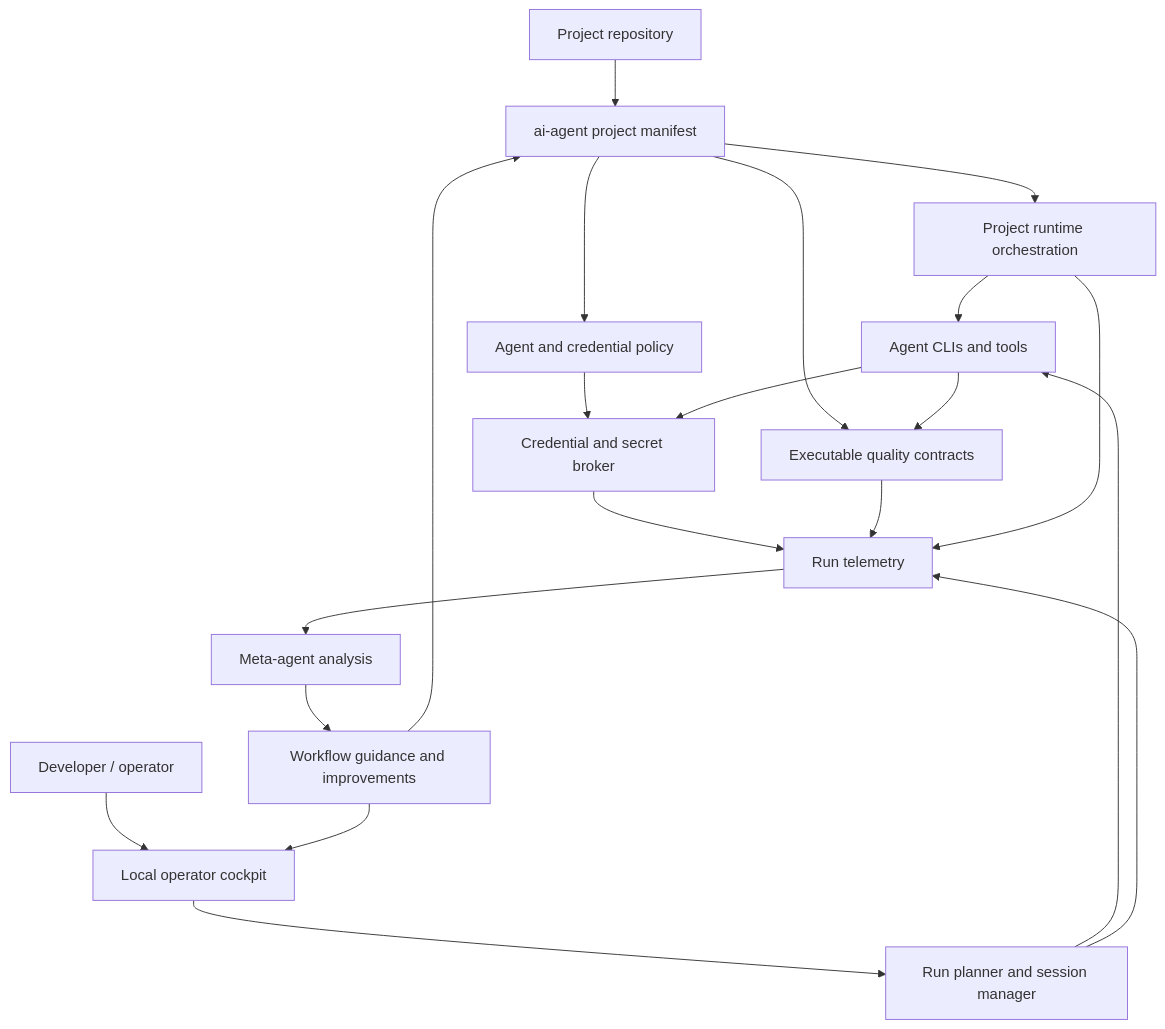
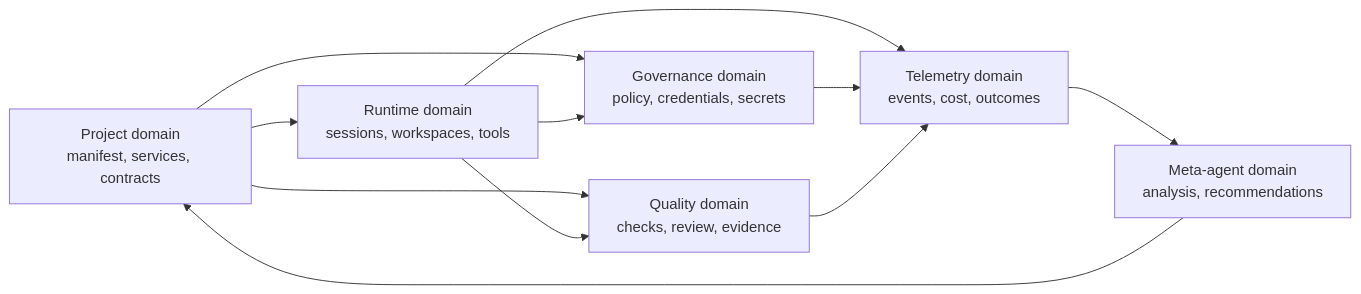
The second of 2 diagrams in docs/current-north-star-architecture.md (maryzam/ai-crew-localdev), drawn with Mermaid before and after one commit. The commit also changed other lines of this file and 2 other files, not shown here.

Commit message:
docs: simplify north-star architecture review

````diff
--- a/docs/current-north-star-architecture.md
+++ b/docs/current-north-star-architecture.md
@@ -206,26 +79,22 @@
 ```mermaid
-flowchart TB
-    Project[Project repository] --> Manifest[ai-agent project manifest]
-    Manifest --> Runtime[Project runtime orchestration]
-    Manifest --> Contracts[Executable quality contracts]
-    Manifest --> Policy[Agent and credential policy]
+flowchart LR
+    Project[Project domain<br/>manifest, services, contracts]
+    Runtime[Runtime domain<br/>sessions, workspaces, tools]
+    Governance[Governance domain<br/>policy, credentials, secrets]
+    Quality[Quality domain<br/>checks, review, evidence]
+    Telemetry[Telemetry domain<br/>events, cost, outcomes]
+    Meta[Meta-agent domain<br/>analysis, recommendations]
 
-    Operator[Developer / operator] --> Cockpit[Local operator cockpit]
-    Cockpit --> Runs[Run planner and session manager]
+    Project --> Runtime
+    Project --> Governance
+    Project --> Quality
 
-    Runs --> Agents[Agent CLIs and tools]
-    Runtime --> Agents
-    Policy --> Broker[Credential and secret broker]
-    Agents --> Broker
-    Agents --> Contracts
-
-    Runs --> Telemetry[Run telemetry]
-    Broker --> Telemetry
-    Contracts --> Telemetry
+    Runtime --> Governance
+    Runtime --> Quality
     Runtime --> Telemetry
 
-    Telemetry --> Meta[Meta-agent analysis]
-    Meta --> Guidance[Workflow guidance and improvements]
-    Guidance --> Manifest
-    Guidance --> Cockpit
+    Governance --> Telemetry
+    Quality --> Telemetry
+    Telemetry --> Meta
+    Meta --> Project
 ```
````
